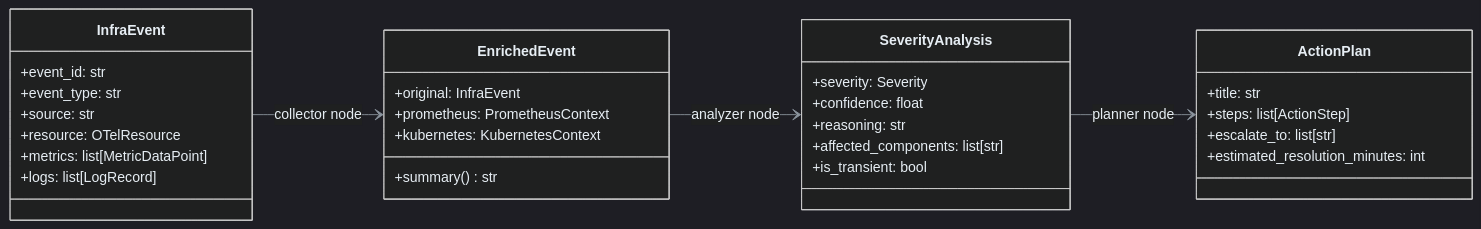
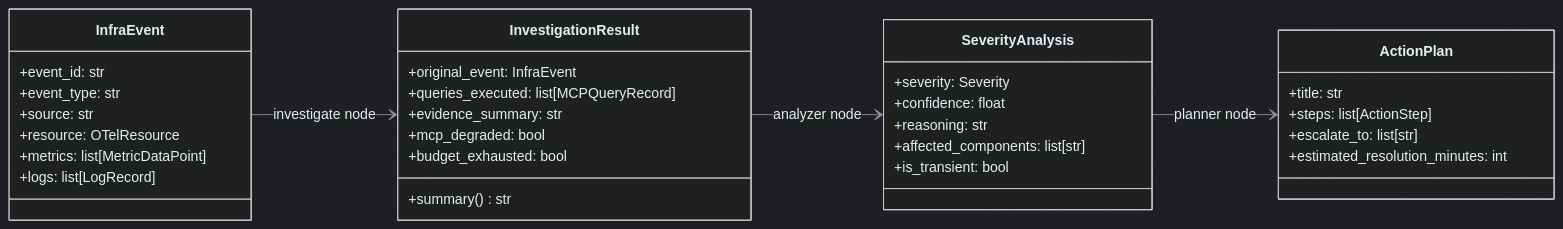
Before and after one commit to Vinny1892/octantis: the second of 2 diagrams in docs/overview.md, drawn with Mermaid. The commit also changed other lines of this file and 3 other files, not shown here.

First line of the commit message:
docs: rewrite technical docs for MCP-driven architecture

````diff
--- a/docs/overview.md
+++ b/docs/overview.md
@@ -118,40 +123,42 @@
 ```mermaid
 %%{init: {"theme": "dark", "themeVariables": {"primaryColor": "#2d333b", "primaryBorderColor": "#6d5dfc", "primaryTextColor": "#e6edf3", "lineColor": "#8b949e"}}}%%
 classDiagram
     direction LR
 
     class InfraEvent {
         +event_id: str
         +event_type: str
         +source: str
         +resource: OTelResource
         +metrics: list[MetricDataPoint]
         +logs: list[LogRecord]
     }
 
-    class EnrichedEvent {
-        +original: InfraEvent
-        +prometheus: PrometheusContext
-        +kubernetes: KubernetesContext
+    class InvestigationResult {
+        +original_event: InfraEvent
+        +queries_executed: list[MCPQueryRecord]
+        +evidence_summary: str
+        +mcp_degraded: bool
+        +budget_exhausted: bool
         +summary() str
     }
 
     class SeverityAnalysis {
         +severity: Severity
         +confidence: float
         +reasoning: str
         +affected_components: list[str]
         +is_transient: bool
     }
 
     class ActionPlan {
         +title: str
         +steps: list[ActionStep]
         +escalate_to: list[str]
         +estimated_resolution_minutes: int
     }
 
-    InfraEvent --> EnrichedEvent : collector node
-    EnrichedEvent --> SeverityAnalysis : analyzer node
+    InfraEvent --> InvestigationResult : investigate node
+    InvestigationResult --> SeverityAnalysis : analyzer node
     SeverityAnalysis --> ActionPlan : planner node
 ```
````
